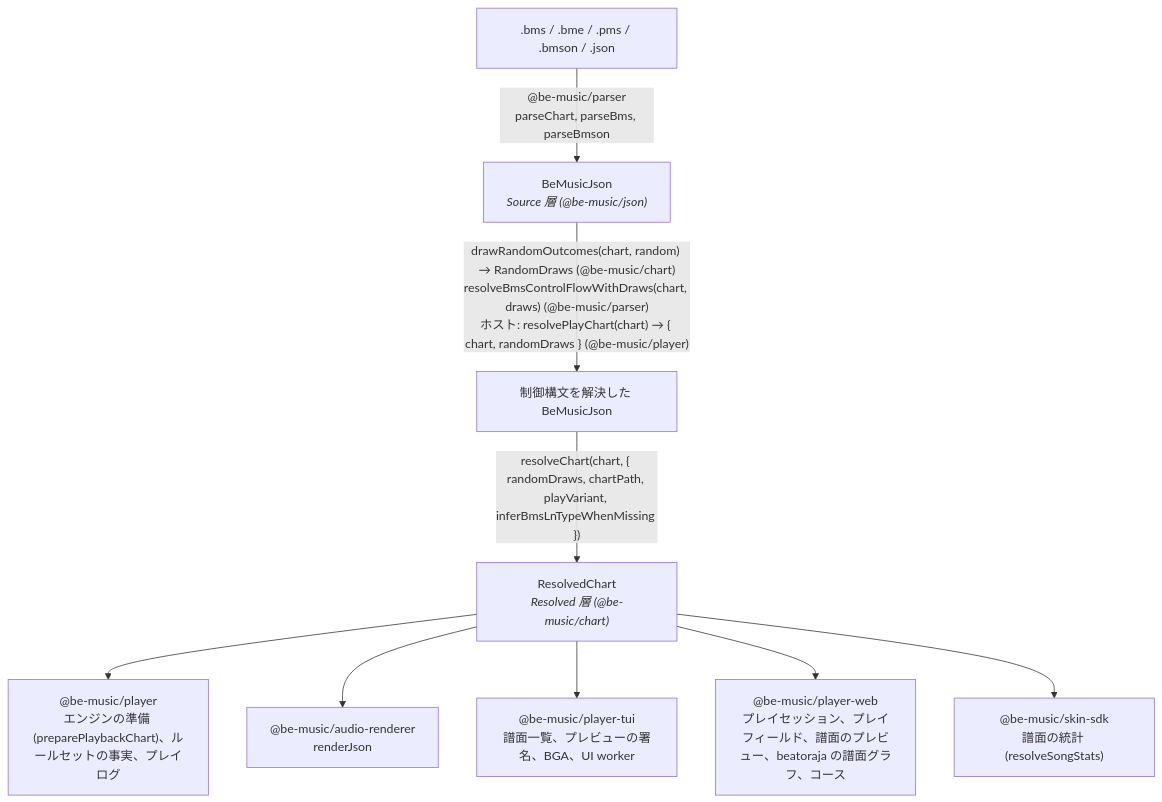
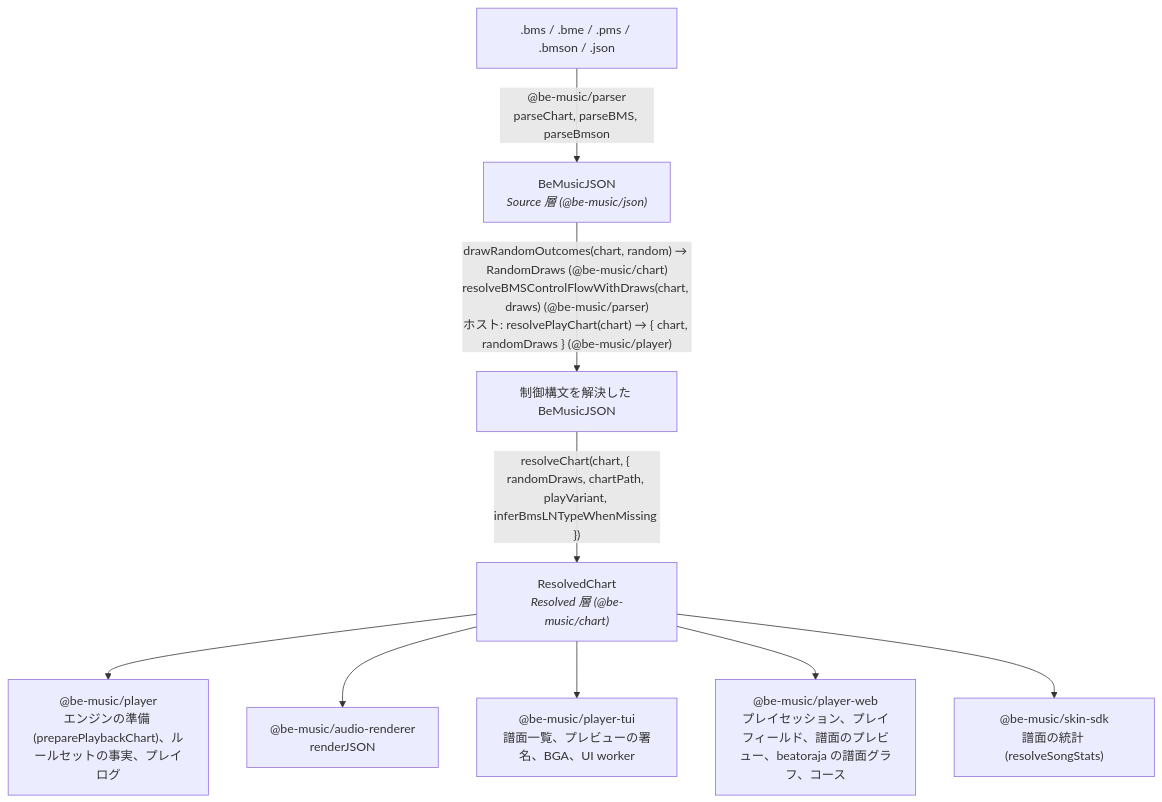
One commit to nulltask/be-music changed the first of 3 diagrams in docs/architecture.ja.md. Above: the diagram before and after it, drawn with Mermaid. The commit also changed other lines of this file and 921 other files, not shown here.

````diff
--- a/docs/architecture.ja.md
+++ b/docs/architecture.ja.md
@@ -9,21 +9,21 @@
 ```mermaid
 flowchart TD
   files[".bms / .bme / .pms / .bmson / .json"]
-  source["BeMusicJson<br/><i>Source 層 (@be-music/json)</i>"]
-  flat["制御構文を解決した BeMusicJson"]
+  source["BeMusicJSON<br/><i>Source 層 (@be-music/json)</i>"]
+  flat["制御構文を解決した BeMusicJSON"]
   resolved["ResolvedChart<br/><i>Resolved 層 (@be-music/chart)</i>"]
   player["@be-music/player<br/>エンジンの準備 (preparePlaybackChart)、ルールセットの事実、プレイログ"]
-  renderer["@be-music/audio-renderer<br/>renderJson"]
+  renderer["@be-music/audio-renderer<br/>renderJSON"]
   tui["@be-music/player-tui<br/>譜面一覧、プレビューの署名、BGA、UI worker"]
   web["@be-music/player-web<br/>プレイセッション、プレイフィールド、譜面のプレビュー、beatoraja の譜面グラフ、コース"]
   skin["@be-music/skin-sdk<br/>譜面の統計 (resolveSongStats)"]
 
-  files -->|"@be-music/parser<br/>parseChart, parseBms, parseBmson"| source
-  source -->|"drawRandomOutcomes(chart, random) → RandomDraws (@be-music/chart)<br/>resolveBmsControlFlowWithDraws(chart, draws) (@be-music/parser)<br/>ホスト: resolvePlayChart(chart) → { chart, randomDraws } (@be-music/player)"| flat
-  flat -->|"resolveChart(chart, { randomDraws, chartPath, playVariant, inferBmsLnTypeWhenMissing })"| resolved
+  files -->|"@be-music/parser<br/>parseChart, parseBMS, parseBmson"| source
+  source -->|"drawRandomOutcomes(chart, random) → RandomDraws (@be-music/chart)<br/>resolveBMSControlFlowWithDraws(chart, draws) (@be-music/parser)<br/>ホスト: resolvePlayChart(chart) → { chart, randomDraws } (@be-music/player)"| flat
+  flat -->|"resolveChart(chart, { randomDraws, chartPath, playVariant, inferBmsLNTypeWhenMissing })"| resolved
   resolved --> player
   resolved --> renderer
   resolved --> tui
   resolved --> web
   resolved --> skin
 ```
````
